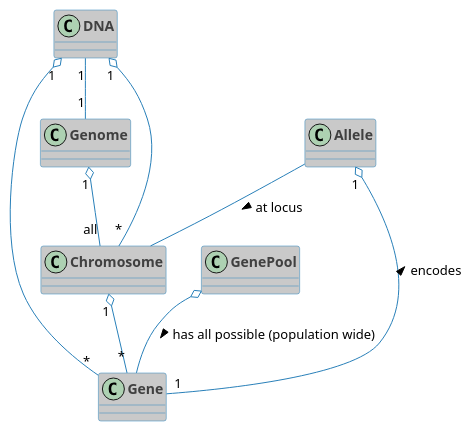
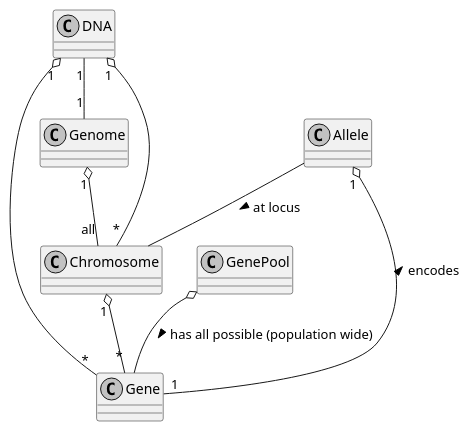
Before and after one commit to pjcuadra/galob: the diagram in docs/source/terms/genetics.rst, drawn with PlantUML. The commit also changed 3 other files, not shown here.

```diff
--- a/docs/source/terms/genetics.rst
+++ b/docs/source/terms/genetics.rst
@@ -7,29 +7,23 @@
 .. uml::
   :scale: 50 %
   :align: center
 
-  skinparam classBackgroundColor #C9C9C9
-  skinparam classArrowColor #2980B9
-  skinparam classBorderColor #2980B9
-  skinparam classFontColor #404040
-  skinparam classFontSize 14
-  skinparam classFontName proxima-nova
-  skinparam classFontStyle bold
+  skinparam monochrome true
 
   class DNA
   class Genome
   class Gene
   class GenePool
   class Allele
   class Chromosome
 
   DNA "1" o-- "*" Gene
   DNA "1" o-- "*" Chromosome
   DNA "1" -- "1" Genome
 
   GenePool o-- Gene : has all possible (population wide) >
   Allele "1" o-- "1" Gene : < encodes
   Allele -- Chromosome : at locus >
   Chromosome "1" o-- "*" Gene
 
   Genome "1" o-- "all" Chromosome
```
